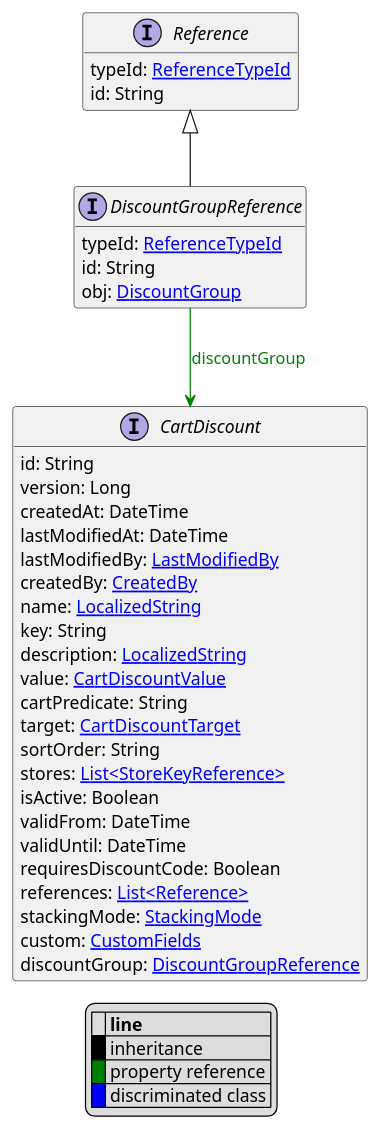
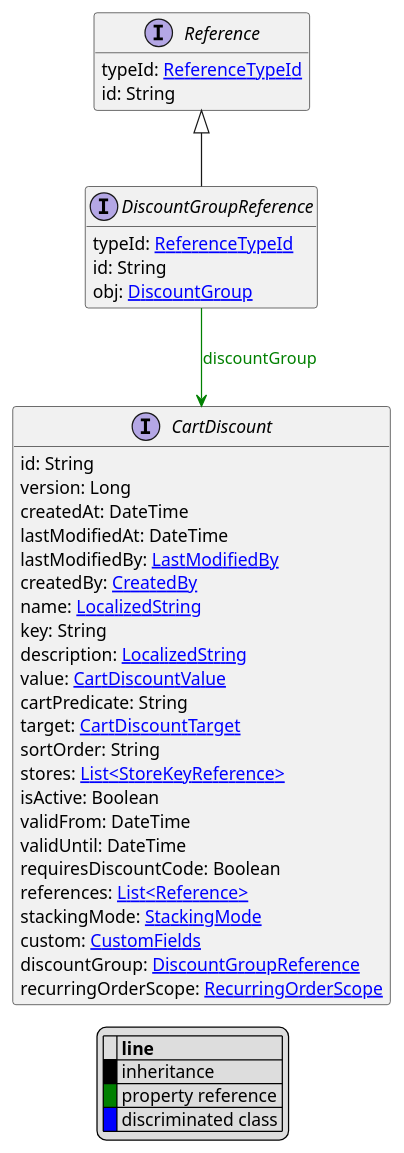
The diagram in uml/api/DiscountGroupReference.puml (commercetools/commercetools-api-reference), drawn with PlantUML before and after one commit. The commit also changed 67 other files, not shown here.

```diff
--- a/uml/api/DiscountGroupReference.puml
+++ b/uml/api/DiscountGroupReference.puml
@@ -1,48 +1,49 @@
 @startuml
 
 hide empty fields
 hide empty methods
 legend
 |= |= line |
 |<back:black>   </back>| inheritance |
 |<back:green>   </back>| property reference |
 |<back:blue>   </back>| discriminated class |
 endlegend
 interface DiscountGroupReference [[DiscountGroupReference.svg]] extends Reference {
     typeId: [[ReferenceTypeId.svg ReferenceTypeId]]
     id: String
     obj: [[DiscountGroup.svg DiscountGroup]]
 }
 interface Reference [[Reference.svg]]  {
     typeId: [[ReferenceTypeId.svg ReferenceTypeId]]
     id: String
 }
 
 
 interface CartDiscount [[CartDiscount.svg]]  {
     id: String
     version: Long
     createdAt: DateTime
     lastModifiedAt: DateTime
     lastModifiedBy: [[LastModifiedBy.svg LastModifiedBy]]
     createdBy: [[CreatedBy.svg CreatedBy]]
     name: [[LocalizedString.svg LocalizedString]]
     key: String
     description: [[LocalizedString.svg LocalizedString]]
     value: [[CartDiscountValue.svg CartDiscountValue]]
     cartPredicate: String
     target: [[CartDiscountTarget.svg CartDiscountTarget]]
     sortOrder: String
     stores: [[StoreKeyReference.svg List<StoreKeyReference>]]
     isActive: Boolean
     validFrom: DateTime
     validUntil: DateTime
     requiresDiscountCode: Boolean
     references: [[Reference.svg List<Reference>]]
     stackingMode: [[StackingMode.svg StackingMode]]
     custom: [[CustomFields.svg CustomFields]]
     discountGroup: [[DiscountGroupReference.svg DiscountGroupReference]]
+    recurringOrderScope: [[RecurringOrderScope.svg RecurringOrderScope]]
 }
 
 DiscountGroupReference --> CartDiscount #green;text:green : "discountGroup"
 @enduml
```
